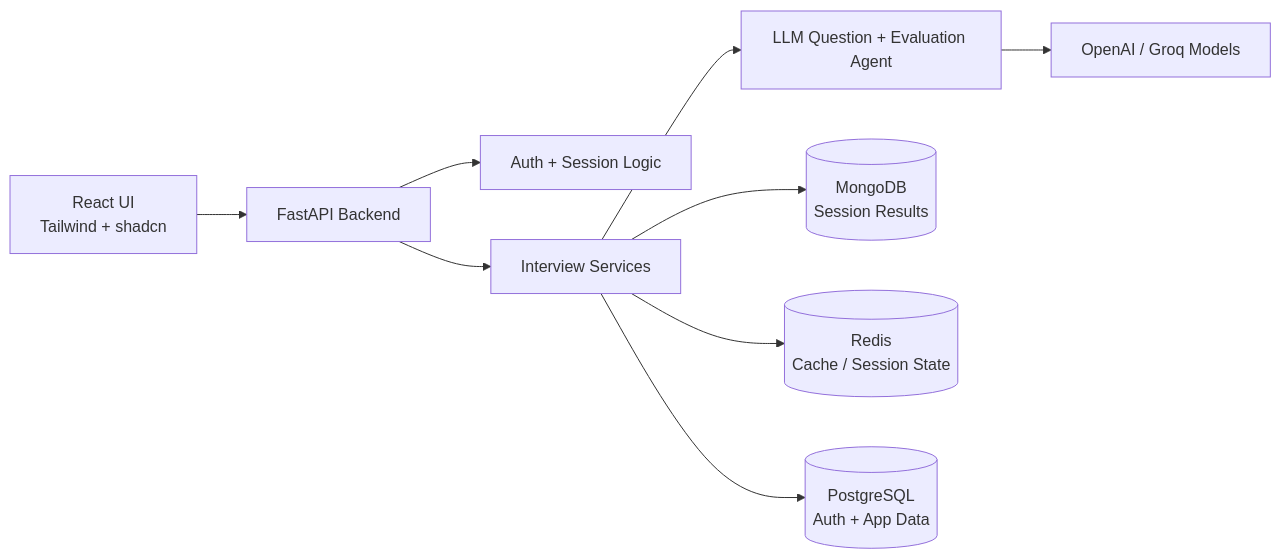
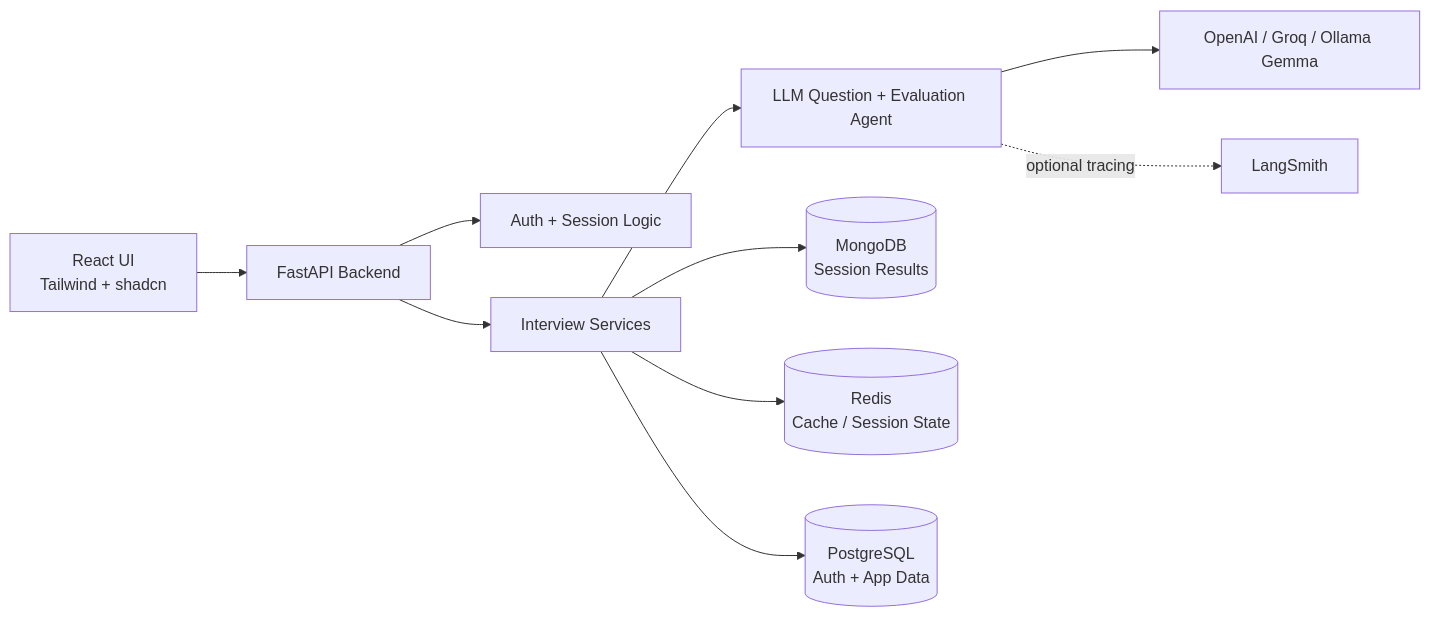
Before and after one commit to mahadevmandole/InterviewBit: the diagram in README.md, drawn with Mermaid. The commit also changed other lines of this file and 4 other files, not shown here.

````diff
--- a/README.md
+++ b/README.md
@@ -17,11 +17,12 @@
 ```mermaid
 flowchart LR
     UI[React UI\nTailwind + shadcn] --> API[FastAPI Backend]
     API --> Auth[Auth + Session Logic]
     API --> Services[Interview Services]
     Services --> Agent[LLM Question + Evaluation Agent]
-    Agent --> OpenAI[OpenAI / Groq Models]
+    Agent --> Providers[OpenAI / Groq / Ollama Gemma]
+    Agent -. optional tracing .-> LangSmith[LangSmith]
     Services --> Mongo[(MongoDB\nSession Results)]
     Services --> Redis[(Redis\nCache / Session State)]
     Services --> Postgres[(PostgreSQL\nAuth + App Data)]
 ```
````
